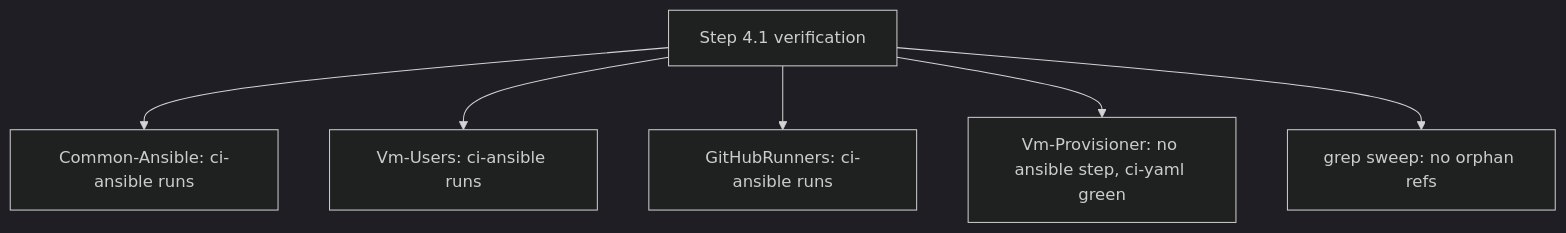
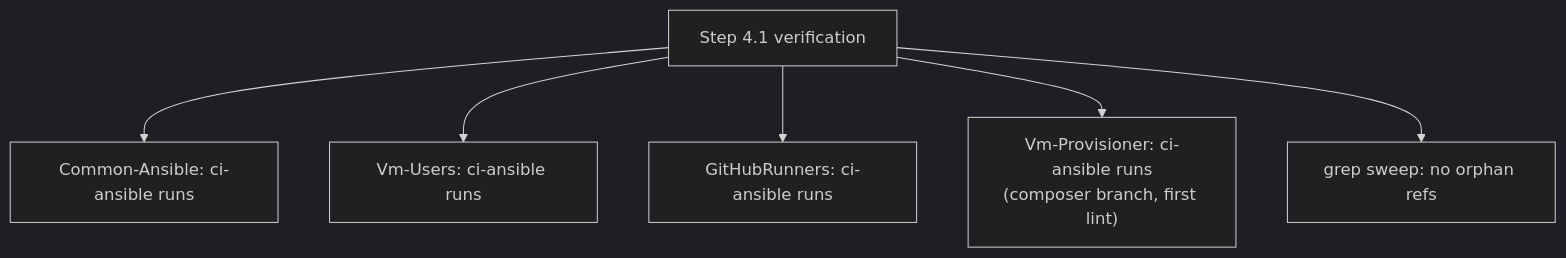
One commit to Klark-Morrigan/Common-Ansible changed diagram 19 of 19 in docs/dev/implementation/20-ansible-lint-ci-in-common-ansible/plan.md. Above: the diagram before and after it, drawn with Mermaid (dark theme). The commit also changed other lines of this file and 1 other file, not shown here.

````diff
--- a/docs/dev/implementation/20-ansible-lint-ci-in-common-ansible/plan.md
+++ b/docs/dev/implementation/20-ansible-lint-ci-in-common-ansible/plan.md
@@ -653,8 +760,8 @@
 ```mermaid
 flowchart TD
   V["Step 4.1 verification"] --> CA["Common-Ansible: ci-ansible runs"]
   V --> VU["Vm-Users: ci-ansible runs"]
   V --> GR["GitHubRunners: ci-ansible runs"]
-  V --> VP["Vm-Provisioner: no ansible step, ci-yaml green"]
+  V --> VP["Vm-Provisioner: ci-ansible runs<br/>(composer branch, first lint)"]
   V --> GREP["grep sweep: no orphan refs"]
 ```
````
